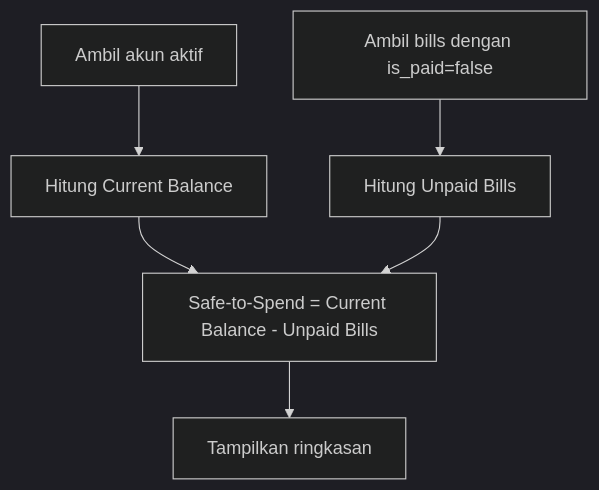
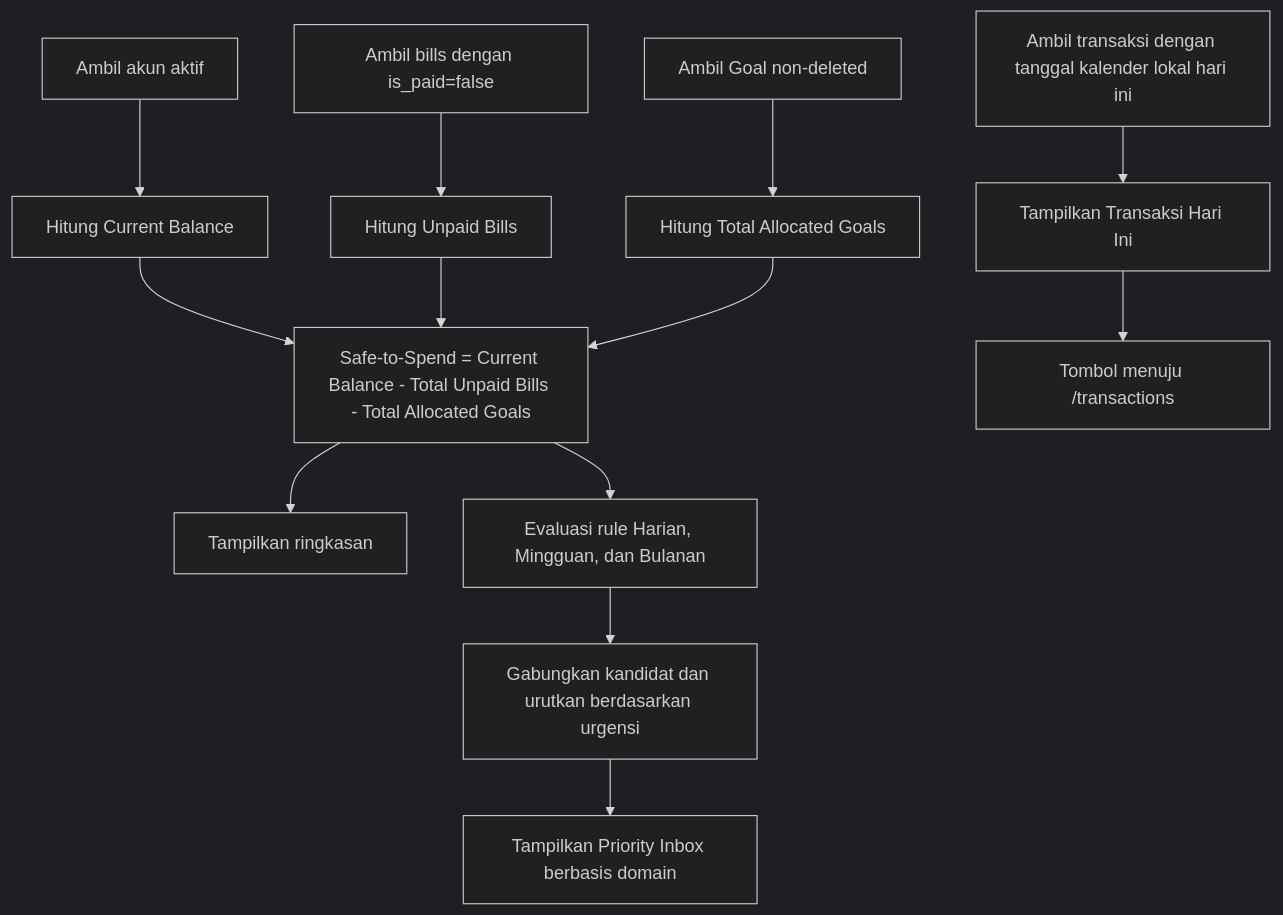
One commit to hilman-aprdi/peta-uang changed the fifth of 6 diagrams in docs/design/afd.md. Above: the diagram before and after it, drawn with Mermaid (dark theme). The commit also changed other lines of this file and 34 other files, not shown here.

Commit message:
feat: refine financial insight priority inbox

````diff
--- a/docs/design/afd.md
+++ b/docs/design/afd.md
@@ -118,7 +129,13 @@
 ```mermaid
 flowchart TD
     A[Ambil akun aktif] --> B[Hitung Current Balance]
     C[Ambil bills dengan is_paid=false] --> D[Hitung Unpaid Bills]
-    B & D --> E[Safe-to-Spend = Current Balance - Unpaid Bills]
+    G[Ambil Goal non-deleted] --> H[Hitung Total Allocated Goals]
+    B & D & H --> E[Safe-to-Spend = Current Balance - Total Unpaid Bills - Total Allocated Goals]
     E --> F[Tampilkan ringkasan]
+    I[Ambil transaksi dengan tanggal kalender lokal hari ini] --> J[Tampilkan Transaksi Hari Ini]
+    J --> K[Tombol menuju /transactions]
+    E --> L[Evaluasi rule Harian, Mingguan, dan Bulanan]
+    L --> M[Gabungkan kandidat dan urutkan berdasarkan urgensi]
+    M --> N[Tampilkan Priority Inbox berbasis domain]
 ```
````
